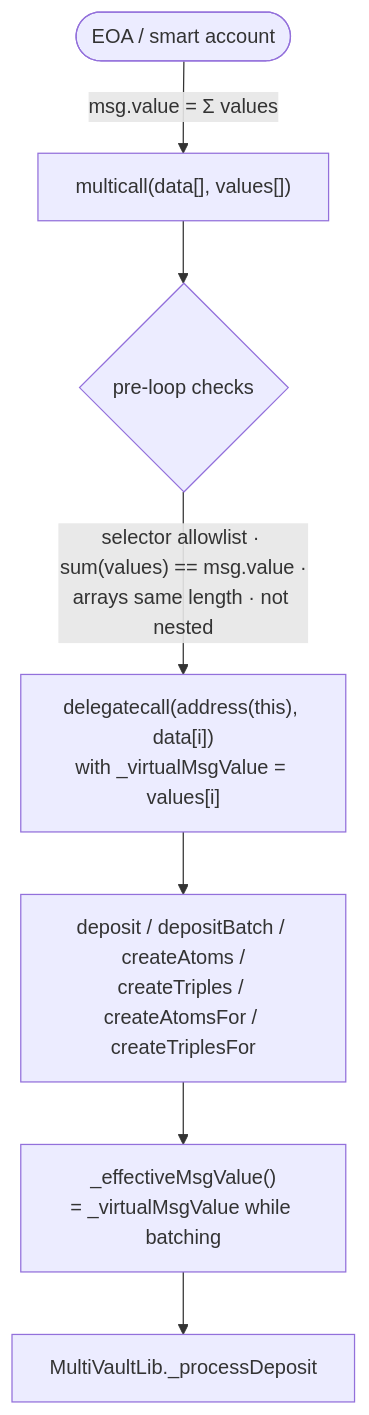
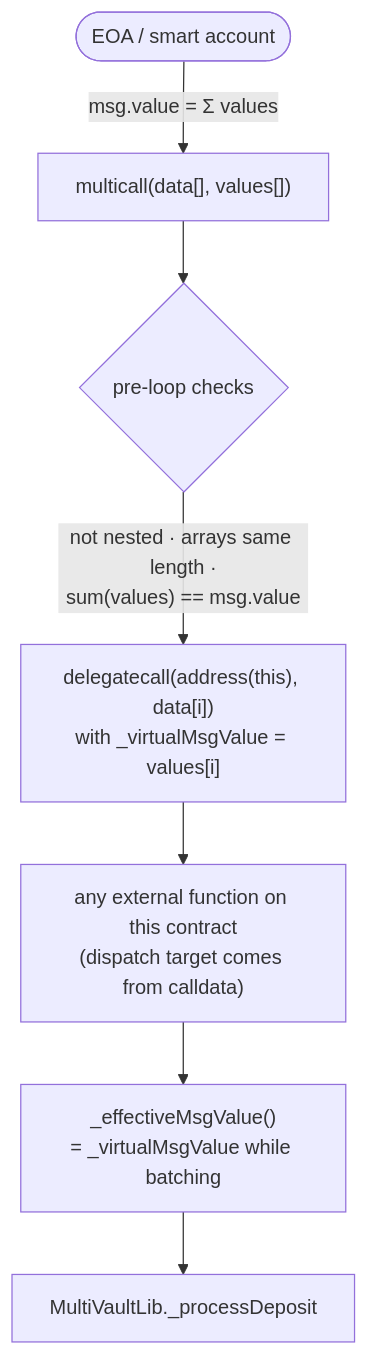
One commit to 0xIntuition/intuition-contracts-v2 changed the fourth of 4 diagrams in docs/call-flows/multivault-value-paths.md. Above: the diagram before and after it, drawn with Mermaid. The commit also changed other lines of this file, not shown here.

````diff
--- a/docs/call-flows/multivault-value-paths.md
+++ b/docs/call-flows/multivault-value-paths.md
@@ -190,17 +190,17 @@
 ```mermaid
 flowchart TB
   caller(["EOA / smart account"])
   mcp["multicall(data[], values[])"]
   guard{"pre-loop checks"}
   disp["delegatecall(address(this), data[i])<br/>with _virtualMsgValue = values[i]"]
-  dep["deposit / depositBatch / createAtoms /<br/>createTriples / createAtomsFor / createTriplesFor"]
+  dep["any external function on this contract<br/>(dispatch target comes from calldata)"]
   eff["_effectiveMsgValue()<br/>= _virtualMsgValue while batching"]
   lib["MultiVaultLib._processDeposit"]
 
   caller -- "msg.value = Σ values" --> mcp
   mcp --> guard
-  guard -- "selector allowlist · sum(values) == msg.value ·<br/>arrays same length · not nested" --> disp
+  guard -- "not nested · arrays same length ·<br/>sum(values) == msg.value" --> disp
   disp --> dep
   dep --> eff
   eff --> lib
 ```
````
